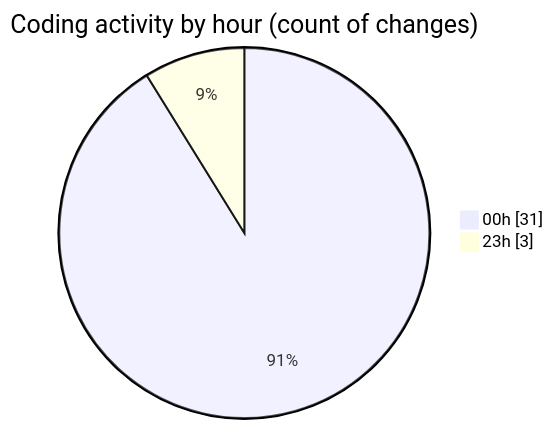
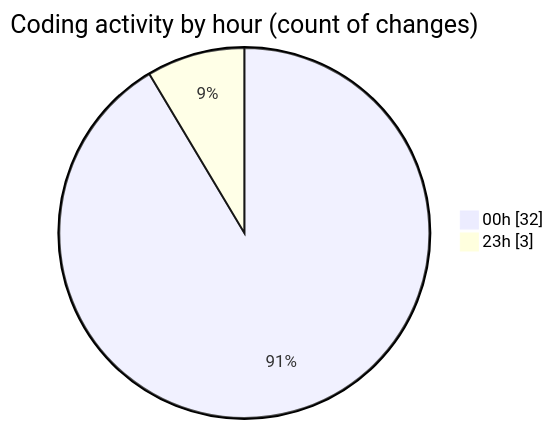
One commit to lephambinh05/code-tracking changed the second of 2 diagrams in 2025-07-28/quanlyrapchieuphim-1/README.md. Above: the diagram before and after it, drawn with Mermaid. The commit also changed other lines of this file and 1 other file, not shown here.

````diff
--- a/2025-07-28/quanlyrapchieuphim-1/README.md
+++ b/2025-07-28/quanlyrapchieuphim-1/README.md
@@ -42,6 +42,6 @@
 ```mermaid
 pie showData
 title Coding activity by hour (count of changes)
-"00h" : 31
+"00h" : 32
 "23h" : 3
 ```
````
